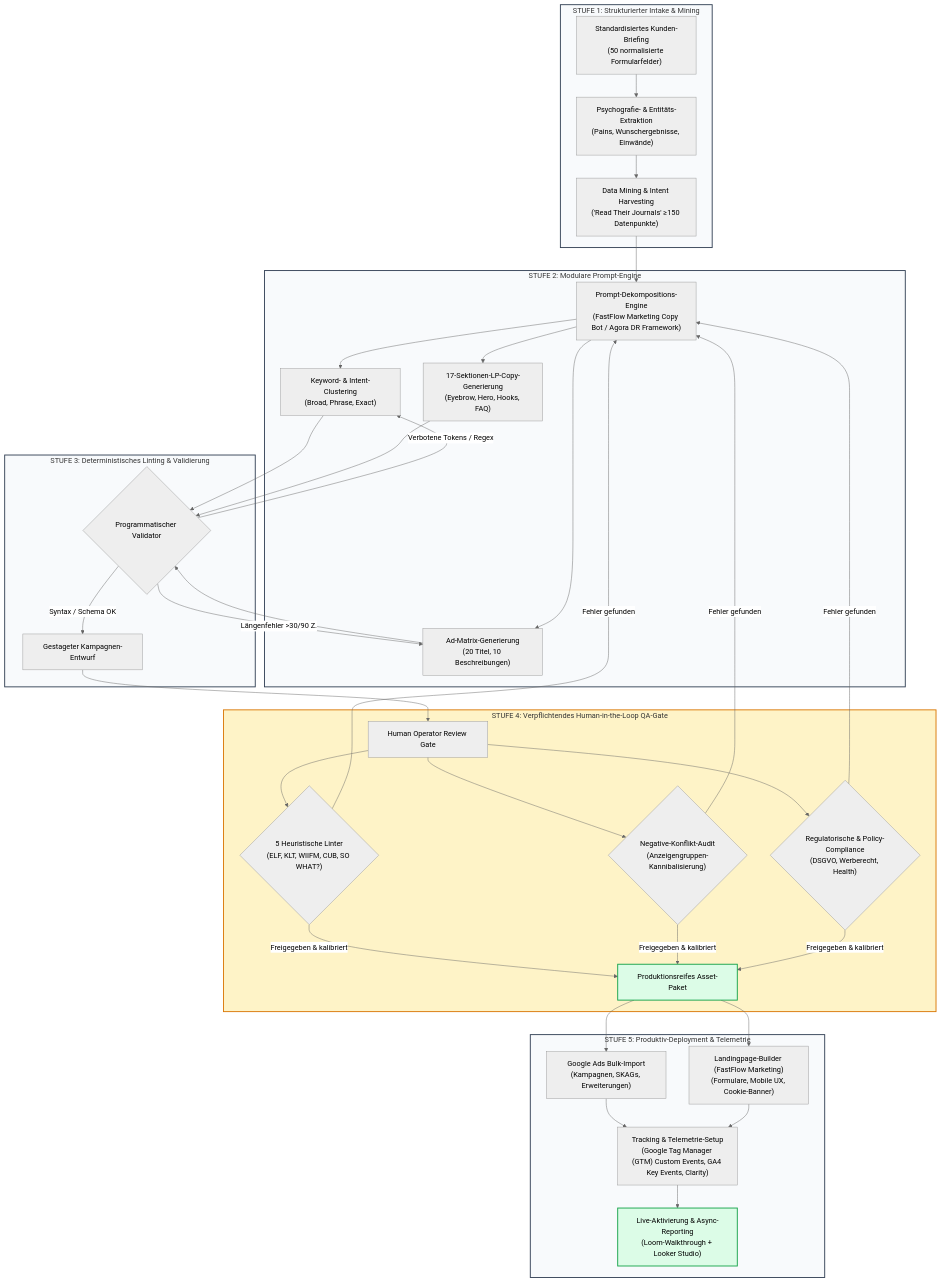
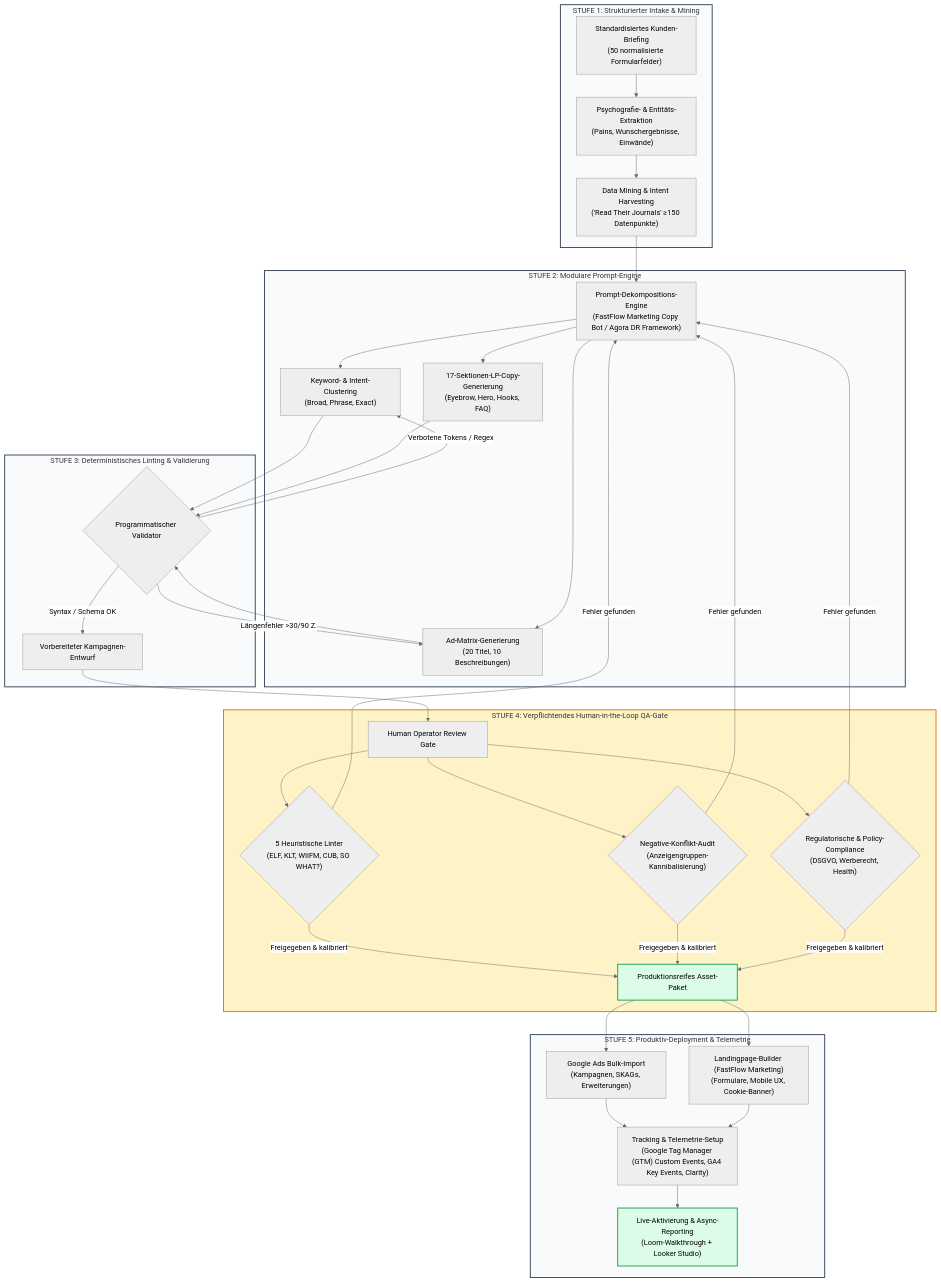
The diagram in de/gads-workflow.md (Deadpoolio92/portfolio), drawn with Mermaid (neutral theme) before and after one commit. The commit also changed other lines of this file and 25 other files, not shown here.

````diff
--- a/de/gads-workflow.md
+++ b/de/gads-workflow.md
@@ -86,44 +86,44 @@
 ```mermaid
 flowchart TD
     subgraph S1["STUFE 1: Strukturierter Intake & Mining"]
         A["Standardisiertes Kunden-Briefing\n(50 normalisierte Formularfelder)"] --> B["Psychografie- & Entitäts-Extraktion\n(Pains, Wunschergebnisse, Einwände)"]
         B --> C["Data Mining & Intent Harvesting\n('Read Their Journals' ≥150 Datenpunkte)"]
     end
 
     subgraph S2["STUFE 2: Modulare Prompt-Engine"]
         C --> D["Prompt-Dekompositions-Engine\n(FastFlow Marketing Copy Bot / Agora DR Framework)"]
         D --> D1["Keyword- & Intent-Clustering\n(Broad, Phrase, Exact)"]
         D --> D2["Ad-Matrix-Generierung\n(20 Titel, 10 Beschreibungen)"]
         D --> D3["17-Sektionen-LP-Copy-Generierung\n(Eyebrow, Hero, Hooks, FAQ)"]
     end
 
     subgraph S3["STUFE 3: Deterministisches Linting & Validierung"]
         D1 & D2 & D3 --> E{"Programmatischer Validator"}
         E -->|Längenfehler >30/90 Z.| D2
         E -->|Verbotene Tokens / Regex| D1
-        E -->|Syntax / Schema OK| F["Gestageter Kampagnen-Entwurf"]
+        E -->|Syntax / Schema OK| F["Vorbereiteter Kampagnen-Entwurf"]
     end
 
     subgraph S4["STUFE 4: Verpflichtendes Human-in-the-Loop QA-Gate"]
         F --> G["Human Operator Review Gate"]
         G --> H1{"5 Heuristische Linter\n(ELF, KLT, WIIFM, CUB, SO WHAT?)"}
         G --> H2{"Negative-Konflikt-Audit\n(Anzeigengruppen-Kannibalisierung)"}
         G --> H3{"Regulatorische & Policy-Compliance\n(DSGVO, Werberecht, Health)"}
         H1 & H2 & H3 -->|Fehler gefunden| D
         H1 & H2 & H3 -->|Freigegeben & kalibriert| I["Produktionsreifes Asset-Paket"]
     end
 
     subgraph S5["STUFE 5: Produktiv-Deployment & Telemetrie"]
         I --> J["Google Ads Bulk-Import\n(Kampagnen, SKAGs, Erweiterungen)"]
         I --> K["Landingpage-Builder (FastFlow Marketing)\n(Formulare, Mobile UX, Cookie-Banner)"]
         J & K --> L["Tracking & Telemetrie-Setup\n(Google Tag Manager (GTM) Custom Events, GA4 Key Events, Clarity)"]
         L --> M["Live-Aktivierung & Async-Reporting\n(Loom-Walkthrough + Looker Studio)"]
     end
 
     classDef stage fill:#f8fafc,stroke:#334155,stroke-width:2px;
     classDef gate fill:#fef3c7,stroke:#d97706,stroke-width:2px;
     classDef approved fill:#dcfce7,stroke:#16a34a,stroke-width:2px;
     class S1,S2,S3,S5 stage;
     class S4 gate;
     class I,M approved;
 ```
````
